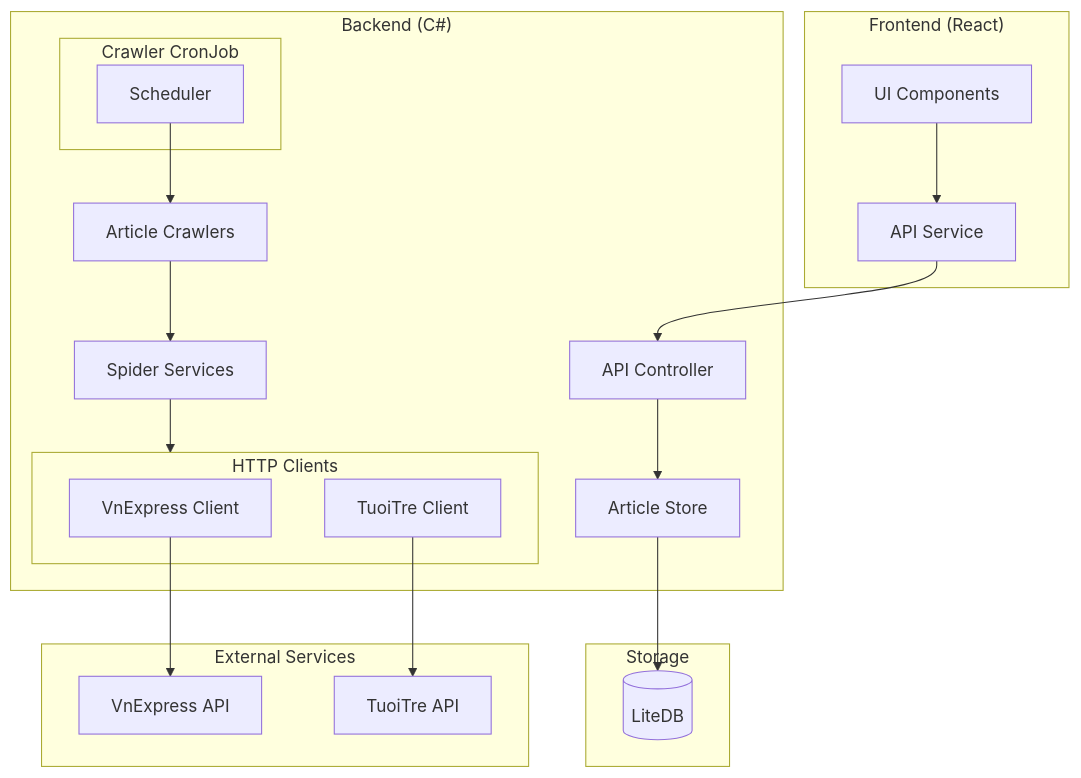
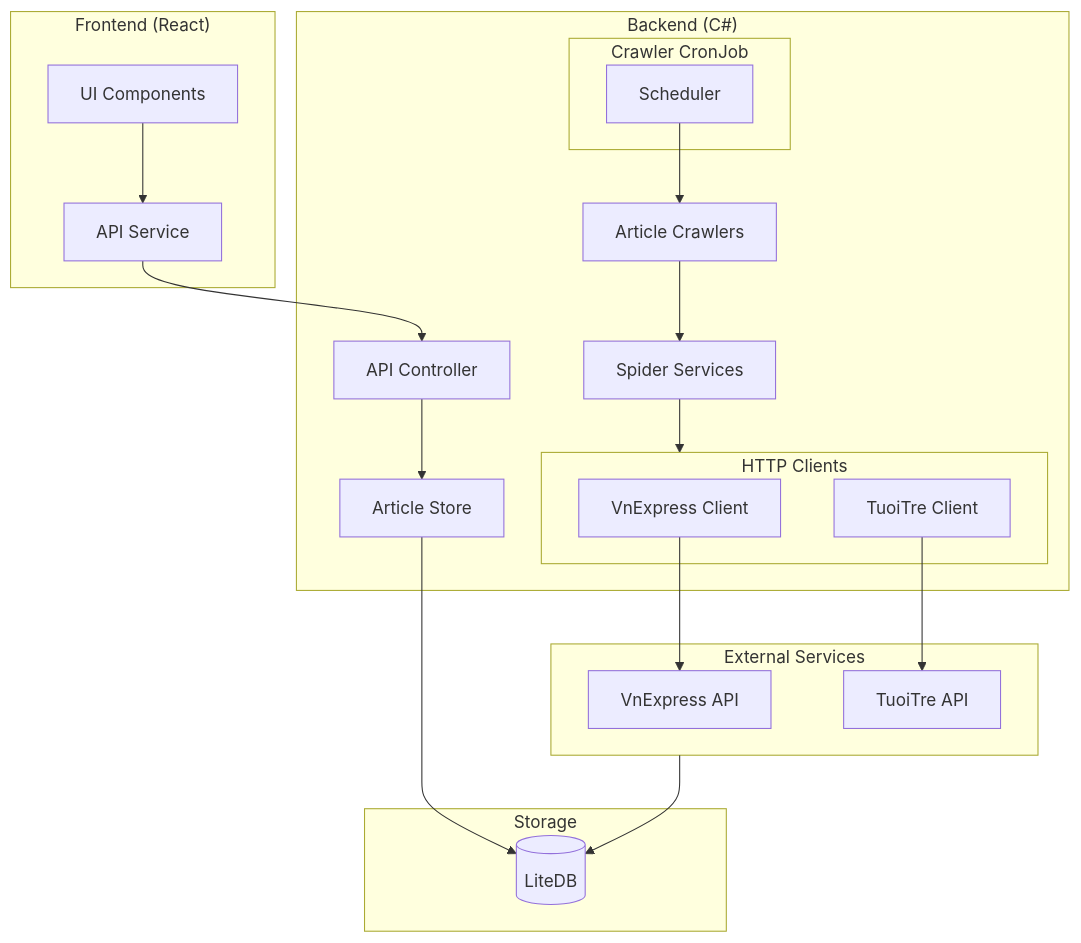
The first of 2 diagrams in README.md (ethanol1310/CSpider-be), drawn with Mermaid before and after one commit.

Commit message:
update: update project structure

````diff
--- a/README.md
+++ b/README.md
@@ -63,43 +63,44 @@
 ```mermaid
 flowchart TB
     subgraph Frontend["Frontend (React)"]
         UI["UI Components"]
         APIService["API Service"]
     end
 
     subgraph Backend["Backend (C#)"]
         API["API Controller"]
         Crawler["Article Crawlers"]
         Spider["Spider Services"]
         Store["Article Store"]
         
         subgraph CronJob["Crawler CronJob"]
             Scheduler["Scheduler"]
         end
         
         subgraph Clients["HTTP Clients"]
             VEC["VnExpress Client"]
             TTC["TuoiTre Client"]
         end
     end
 
     subgraph Storage["Storage"]
         DB[(LiteDB)]
     end
 
     subgraph External["External Services"]
         VE["VnExpress API"]
         TT["TuoiTre API"]
     end
 
     UI --> APIService
     APIService --> API
     API --> Store
     Store --> DB
     
+    External --> DB
     Scheduler --> Crawler
     Crawler --> Spider
     Spider --> Clients
     VEC --> VE
     TTC --> TT
 ```
````
